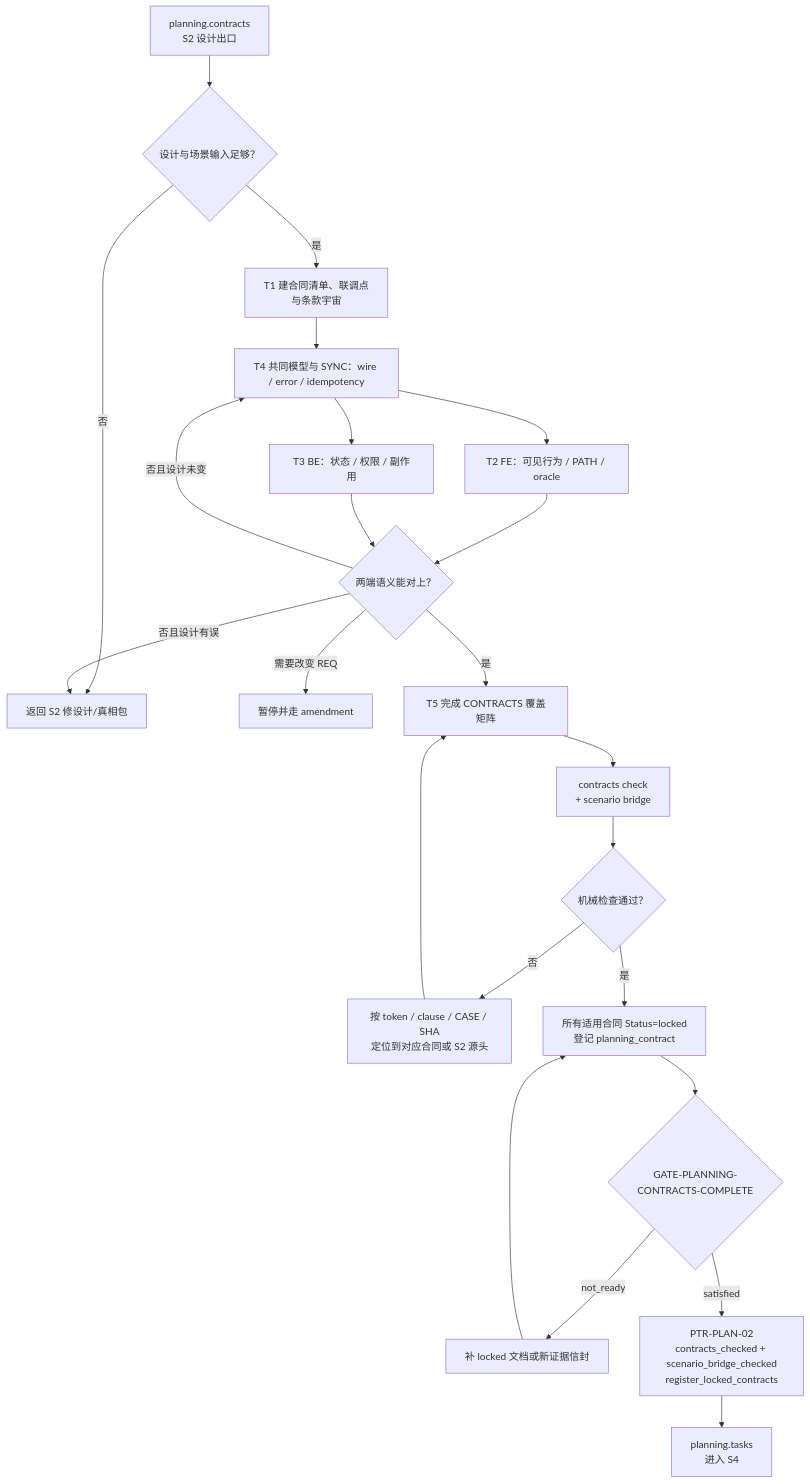
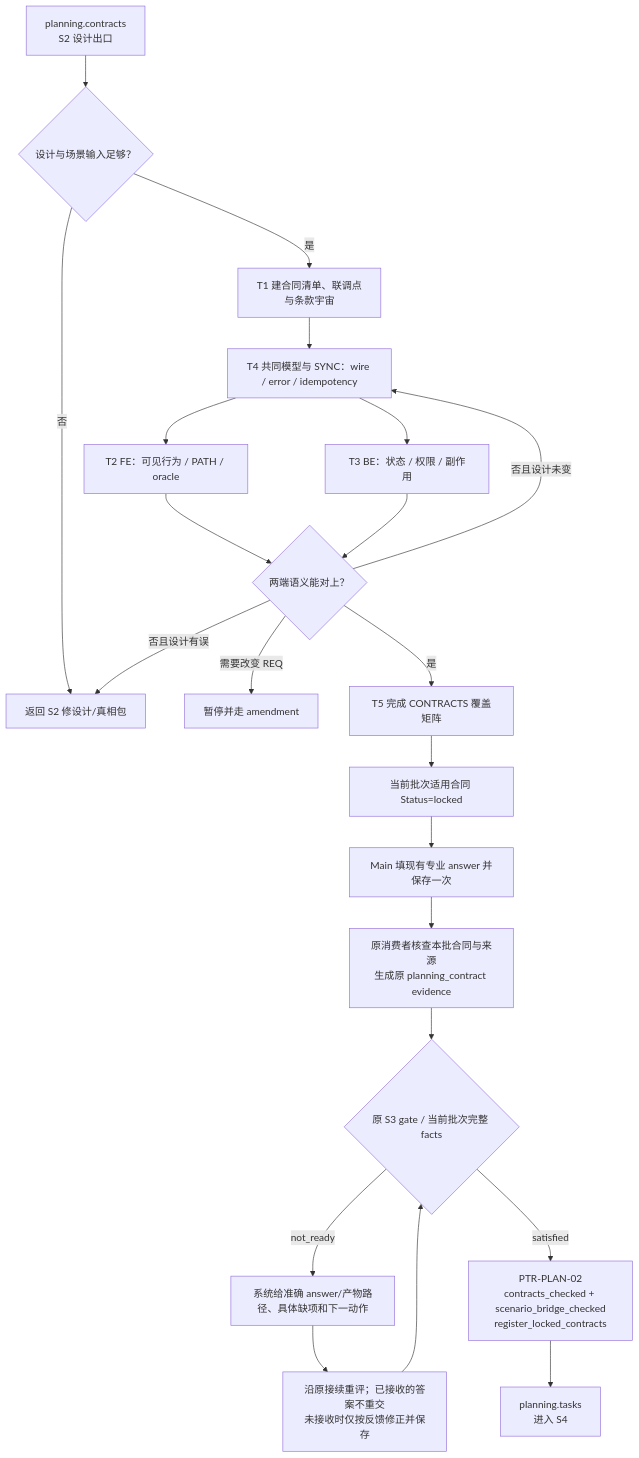
Before and after one commit to Sebs-Lee/go-system-builder: the second of 2 diagrams in blueprint/l3-stages/L3-S3-contracts.md, drawn with Mermaid. The commit also changed other lines of this file and 969 other files, not shown here.

````diff
--- a/blueprint/l3-stages/L3-S3-contracts.md
+++ b/blueprint/l3-stages/L3-S3-contracts.md
@@ -97,26 +150,25 @@
 ```mermaid
 flowchart TD
     IN["planning.contracts<br/>S2 设计出口"] --> PRE{"设计与场景输入足够？"}
     PRE -->|否| BACK2["返回 S2 修设计/真相包"]
     PRE -->|是| T1["T1 建合同清单、联调点<br/>与条款宇宙"]
     T1 --> SYNC["T4 共同模型与 SYNC：wire / error / idempotency"]
     SYNC --> FE["T2 FE：可见行为 / PATH / oracle"]
     SYNC --> BE["T3 BE：状态 / 权限 / 副作用"]
     FE --> SEM
     BE --> SEM{"两端语义能对上？"}
     SEM -->|否且设计未变| SYNC
     SEM -->|否且设计有误| BACK2
     SEM -->|需要改变 REQ| PAUSE["暂停并走 amendment"]
     SEM -->|是| INDEX["T5 完成 CONTRACTS 覆盖矩阵"]
 
-    INDEX --> CHECK["contracts check<br/>+ scenario bridge"]
-    CHECK --> OK{"机械检查通过？"}
-    OK -->|否| FIX["按 token / clause / CASE / SHA<br/>定位到对应合同或 S2 源头"]
-    FIX --> INDEX
-    OK -->|是| LOCK["所有适用合同 Status=locked<br/>登记 planning_contract"]
-    LOCK --> GATE{"GATE-PLANNING-CONTRACTS-COMPLETE"}
-    GATE -->|not_ready| FIXG["补 locked 文档或新证据信封"]
-    FIXG --> LOCK
+    INDEX --> LOCK["当前批次适用合同 Status=locked"]
+    LOCK --> SAVE["Main 填现有专业 answer 并保存一次"]
+    SAVE --> ACCEPT["原消费者核查本批合同与来源<br/>生成原 planning_contract evidence"]
+    ACCEPT --> GATE{"原 S3 gate / 当前批次完整 facts"}
+    GATE -->|not_ready| FIXG["系统给准确 answer/产物路径、具体缺项和下一动作"]
+    FIXG --> RETRY["沿原接续重评；已接收的答案不重交<br/>未接收时仅按反馈修正并保存"]
+    RETRY --> GATE
     GATE -->|satisfied| PTR["PTR-PLAN-02<br/>contracts_checked + scenario_bridge_checked<br/>register_locked_contracts"]
     PTR --> S4["planning.tasks<br/>进入 S4"]
 ```
````
